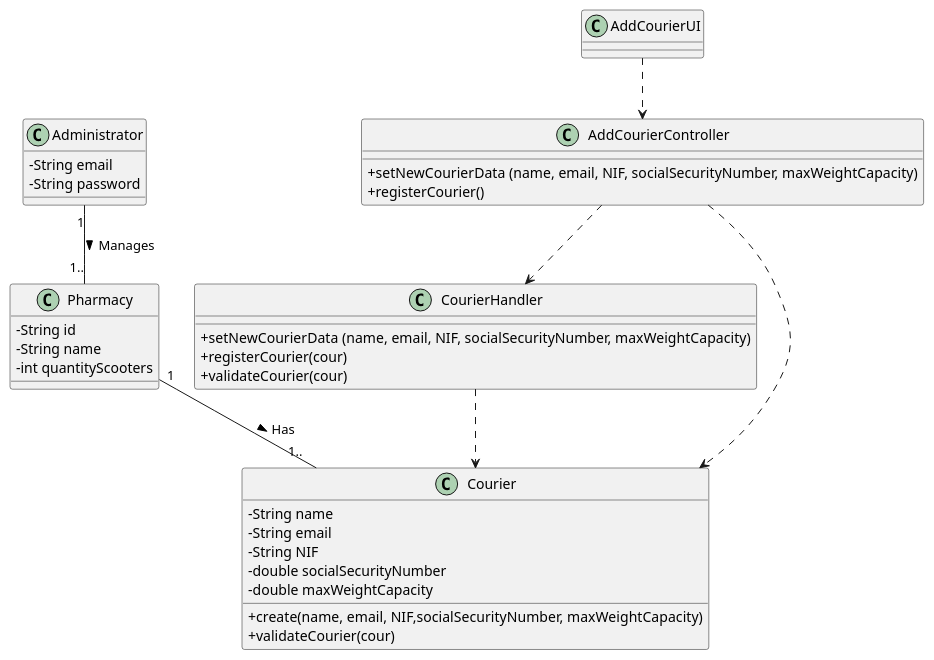
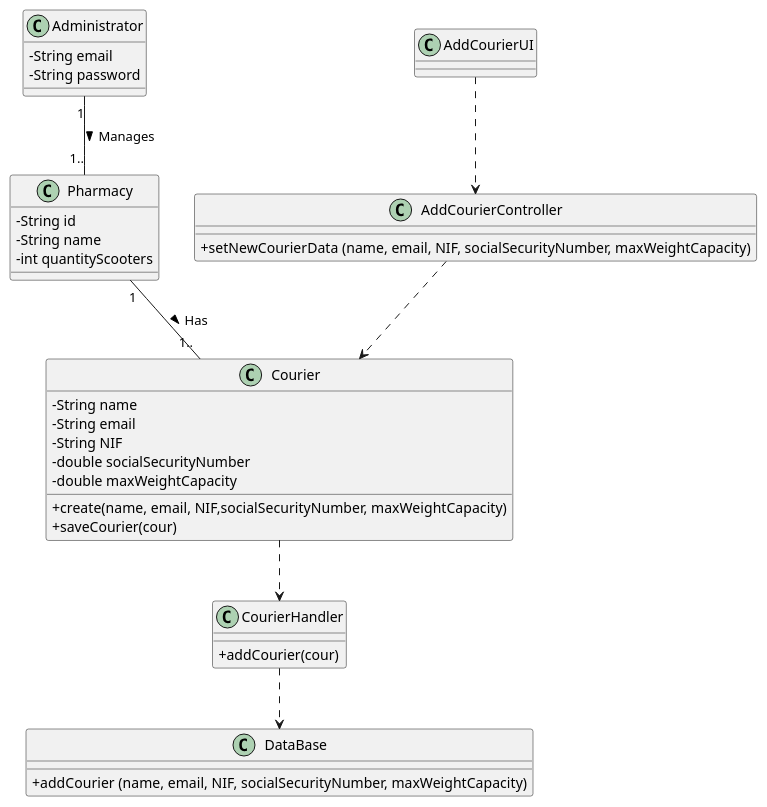
The diagram in Documents/UC4/UC4_CD.puml (1190452/LAPR3), drawn with PlantUML before and after one commit. The commit also changed 1 other file, not shown here.

Commit message:
AUCMN1-93 #start-progress Add courier [Design]

```diff
--- a/Documents/UC4/UC4_CD.puml
+++ b/Documents/UC4/UC4_CD.puml
@@ -1,54 +1,55 @@
 @startuml
 skinparam classAttributeIconSize 0
 
 
 
 
 class AddCourierController {
   +setNewCourierData (name, email, NIF, socialSecurityNumber, maxWeightCapacity)
-  +registerCourier()
 }
 
 class AddCourierUI {
 }
 
 class CourierHandler{
-    +setNewCourierData (name, email, NIF, socialSecurityNumber, maxWeightCapacity)
-    +registerCourier(cour)
-    +validateCourier(cour)
+    +addCourier(cour)
+}
+
+class DataBase{
+    +addCourier (name, email, NIF, socialSecurityNumber, maxWeightCapacity)
 }
 
 class Courier {
   -String name
   -String email
   -String NIF
   -double socialSecurityNumber
   -double maxWeightCapacity
   
   +create(name, email, NIF,socialSecurityNumber, maxWeightCapacity)
-  +validateCourier(cour)
+  +saveCourier(cour)
 }
 
 class Administrator{
   -String email
   -String password 
 }
 
 class Pharmacy {
   -String id
   -String name
   -int quantityScooters
   }
 
 
 AddCourierUI ..> AddCourierController
-AddCourierController ..> CourierHandler
 AddCourierController ..> Courier
-CourierHandler ..> Courier
+Courier ..> CourierHandler
+CourierHandler ..> DataBase
 
 Pharmacy "1" -- "1.." Courier: Has >
 Administrator "1" -- "1.." Pharmacy: Manages >
 
 
 
 @enduml
```
